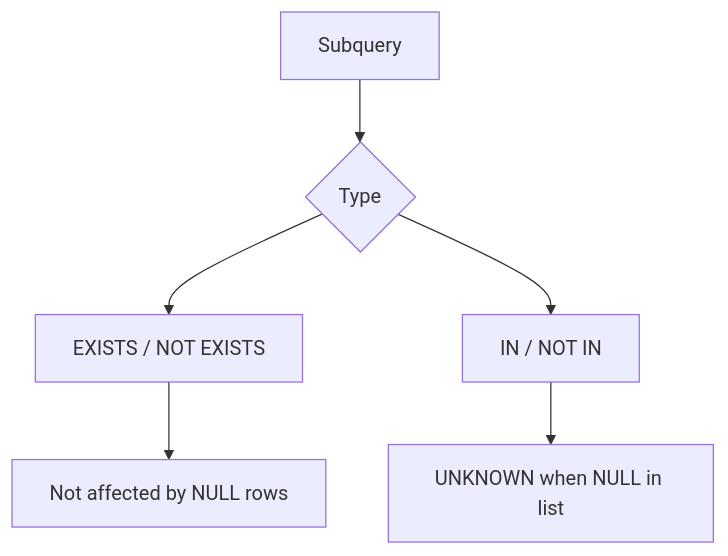
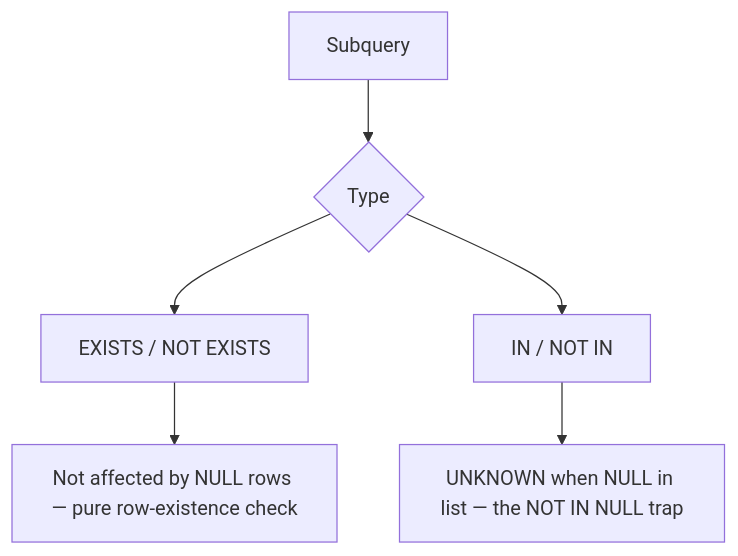
The diagram in spark-sql/docs/nulls/subquery.md (mahfooziiitian/spark-batch), drawn with Mermaid before and after one commit. The commit also changed other lines of this file and 223 other files, not shown here.

````diff
--- a/spark-sql/docs/nulls/subquery.md
+++ b/spark-sql/docs/nulls/subquery.md
@@ -7,8 +9,8 @@
 ```mermaid
 graph TD
     A["Subquery"] --> B{Type}
     B --> C["EXISTS / NOT EXISTS"]
     B --> D["IN / NOT IN"]
-    C --> E["Not affected by NULL rows"]
-    D --> F["UNKNOWN when NULL in list"]
+    C --> E["Not affected by NULL rows — pure row-existence check"]
+    D --> F["UNKNOWN when NULL in list — the NOT IN NULL trap"]
 ```
````
